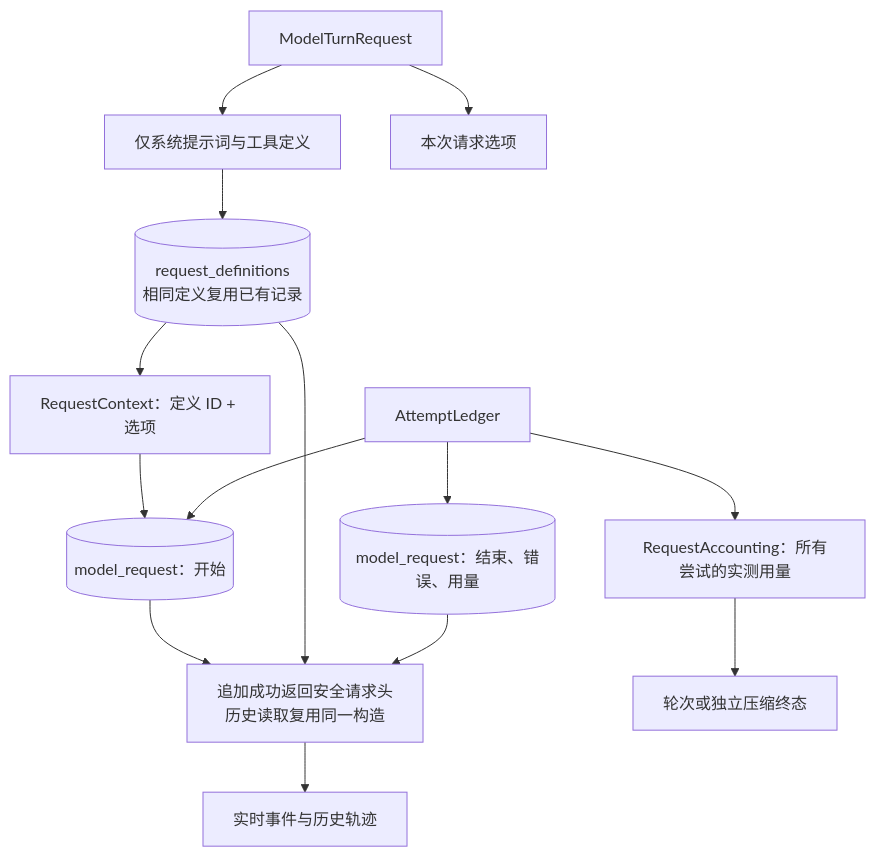
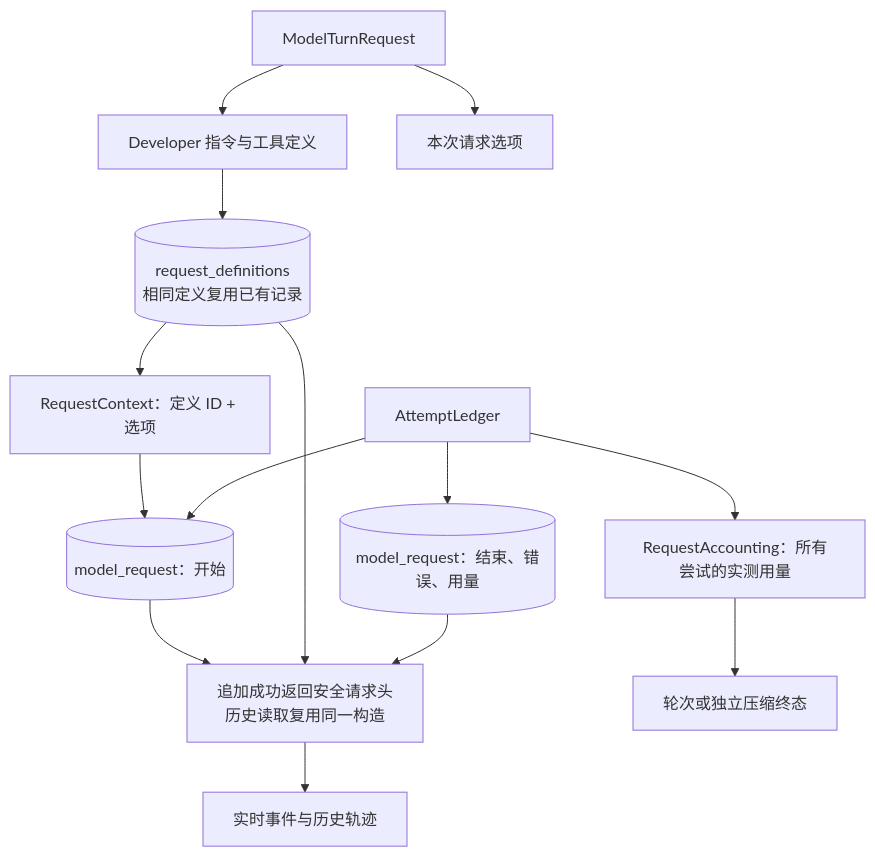
One commit to qjcnmd/singularity-agent changed diagram 26 of 29 in docs/architecture.md. Above: the diagram before and after it, drawn with Mermaid. The commit also changed other lines of this file and 16 other files, not shown here.

````diff
--- a/docs/architecture.md
+++ b/docs/architecture.md
@@ -715,16 +718,16 @@
 ```mermaid
 flowchart TB
-    Request["ModelTurnRequest"] --> Definitions["仅系统提示词与工具定义"]
+    Request["ModelTurnRequest"] --> Definitions["Developer 指令与工具定义"]
     Definitions --> Snapshot[("request_definitions<br/>相同定义复用已有记录")]
     Request --> Preferences["本次请求选项"]
     Snapshot --> Reference["RequestContext：定义 ID + 选项"]
     Reference --> Start[("model_request：开始")]
     Attempt["AttemptLedger"] --> Start
     Attempt --> End[("model_request：结束、错误、用量")]
     Start --> Head["追加成功返回安全请求头<br/>历史读取复用同一构造"]
     Snapshot --> Head
     End --> Head
     Head --> UI["实时事件与历史轨迹"]
     Attempt --> Usage["RequestAccounting：所有尝试的实测用量"]
     Usage --> Terminal["轮次或独立压缩终态"]
 ```
````
